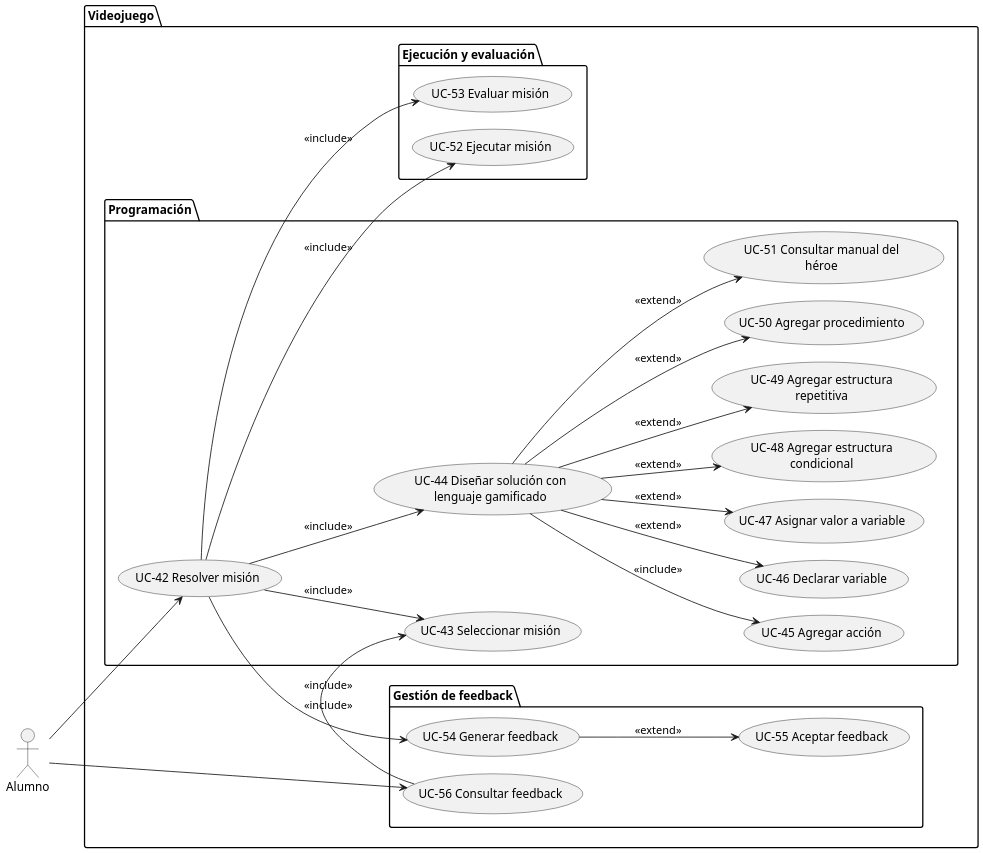
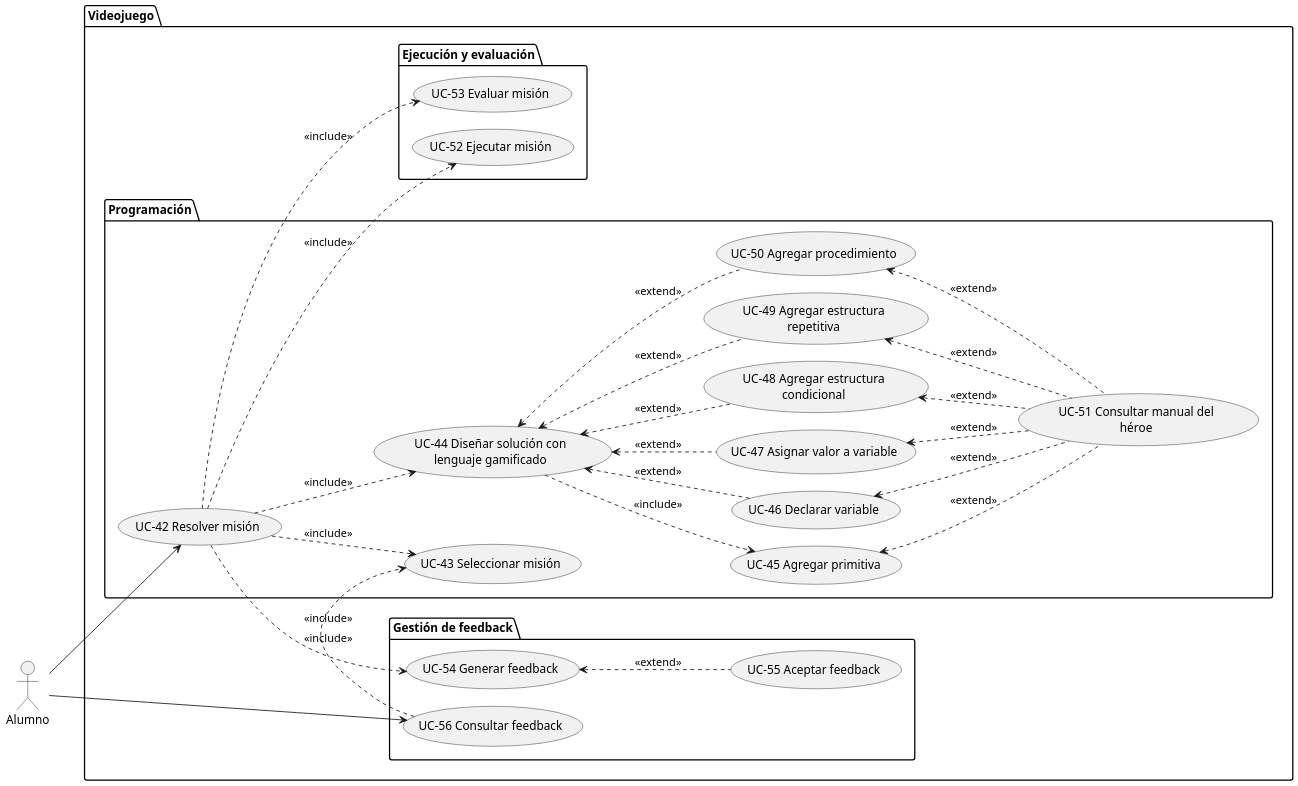
One commit to francoalbornoz2002/ASC-ProyectoAlgoritmia-TrabajoFinal changed the diagram in docs/requisitos/casos-de-uso/diagramas-casos-de-uso/videojuego/subsistema-programacion-ejecucion-feedback.puml. Above: the diagram before and after it, drawn with PlantUML. The commit also changed 6 other files, not shown here.

```diff
--- a/docs/requisitos/casos-de-uso/diagramas-casos-de-uso/videojuego/subsistema-programacion-ejecucion-feedback.puml
+++ b/docs/requisitos/casos-de-uso/diagramas-casos-de-uso/videojuego/subsistema-programacion-ejecucion-feedback.puml
@@ -1,60 +1,68 @@
 @startuml SUBSISTEMA_ProgramacionEjecucionEvaluacionFeedback
 left to right direction
 
 skinparam dpi 150
 skinparam usecasePadding 25
 skinparam actorPadding 80
 skinparam packagePadding 50
 skinparam wrapWidth 200
 
 skinparam nodesep 20
 skinparam ranksep 50
 
 actor Alumno
 
 package "Videojuego"{
     package "Ejecución y evaluación"{
         usecase "UC-52 Ejecutar misión" as UC52
         usecase "UC-53 Evaluar misión" as UC53
     }
     package "Gestión de feedback"{
         usecase "UC-54 Generar feedback" as UC54
         usecase "UC-55 Aceptar feedback" as UC55
         usecase "UC-56 Consultar feedback" as UC56
     }
     package "Programación"{
         usecase "UC-42 Resolver misión" as UC42
         usecase "UC-43 Seleccionar misión" as UC43
         usecase "UC-44 Diseñar solución con lenguaje gamificado" as UC44
-        usecase "UC-45 Agregar acción" as UC45
+        usecase "UC-45 Agregar primitiva" as UC45
         usecase "UC-46 Declarar variable" as UC46
         usecase "UC-47 Asignar valor a variable" as UC47
         usecase "UC-48 Agregar estructura condicional" as UC48
         usecase "UC-49 Agregar estructura repetitiva" as UC49
         usecase "UC-50 Agregar procedimiento" as UC50
         usecase "UC-51 Consultar manual del héroe" as UC51
     }
     
 }
 
+'Programación
 Alumno --> UC42
+UC42 ..> UC43 : <<include>>
+UC42 ..> UC44 : <<include>>
+UC42 ..> UC52 : <<include>>
+  'Ejecución y evaluación
+  UC42 ..> UC53 : <<include>>
+  UC42 ..> UC54 : <<include>>
+UC44 ..> UC45 : <<include>>
+UC44 <.. UC46 : <<extend>>
+UC44 <.. UC47 : <<extend>>
+UC44 <.. UC48 : <<extend>>
+UC44 <.. UC49 : <<extend>>
+UC44 <.. UC50 : <<extend>>
 
-UC44 --> UC45 : <<include>>
-UC44 --> UC46 : <<extend>>
-UC44 --> UC47 : <<extend>>
-UC44 --> UC48 : <<extend>>
-UC44 --> UC49 : <<extend>>
-UC44 --> UC50 : <<extend>>
-UC44 --> UC51 : <<extend>>
+UC45 <.. UC51 : <<extend>>
+UC46 <.. UC51 : <<extend>>
+UC47 <.. UC51 : <<extend>>
+UC48 <.. UC51 : <<extend>>
+UC49 <.. UC51 : <<extend>>
+UC50 <.. UC51 : <<extend>>
 
-UC42 --> UC43 : <<include>>
-UC42 --> UC44 : <<include>>
-UC42 --> UC52 : <<include>>
-UC42 --> UC53 : <<include>>
-UC42 --> UC54 : <<include>>
+UC54 <.. UC55 : <<extend>>
+Alumno --> UC56
+UC56 ..> UC43 : <<include>>
 
-UC54 --> UC55 : <<extend>>
-Alumno --> UC56
-UC56 --> UC43 : <<include>>
+
 
 @enduml
```
